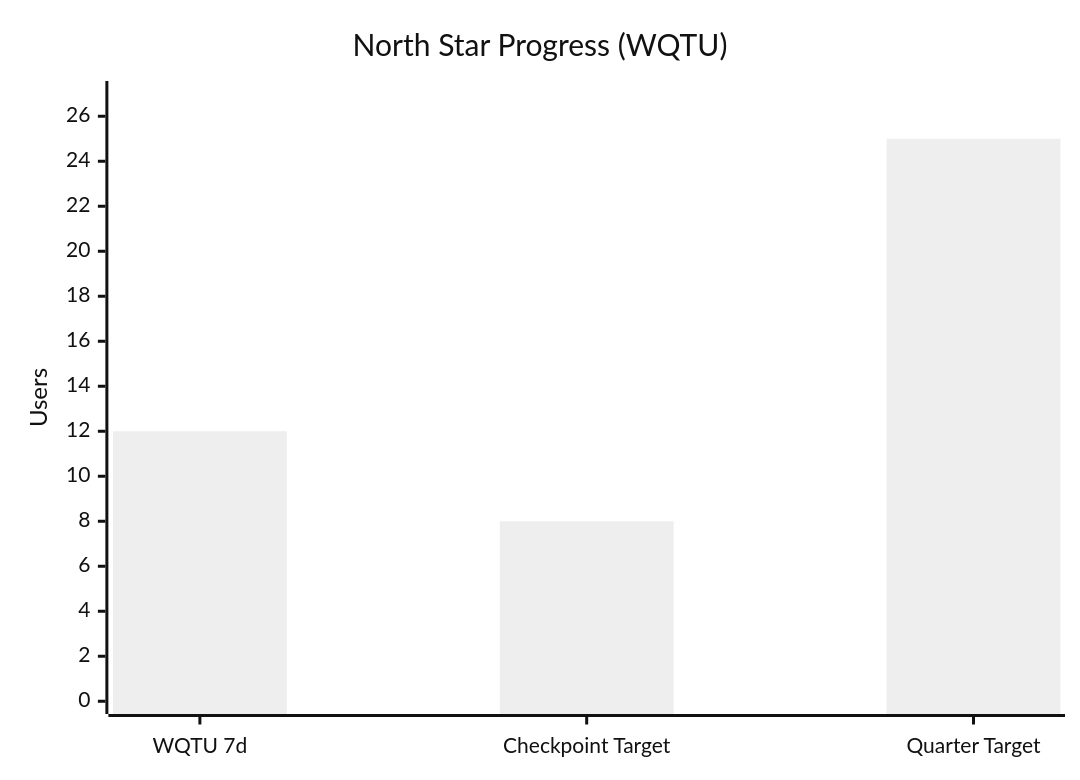
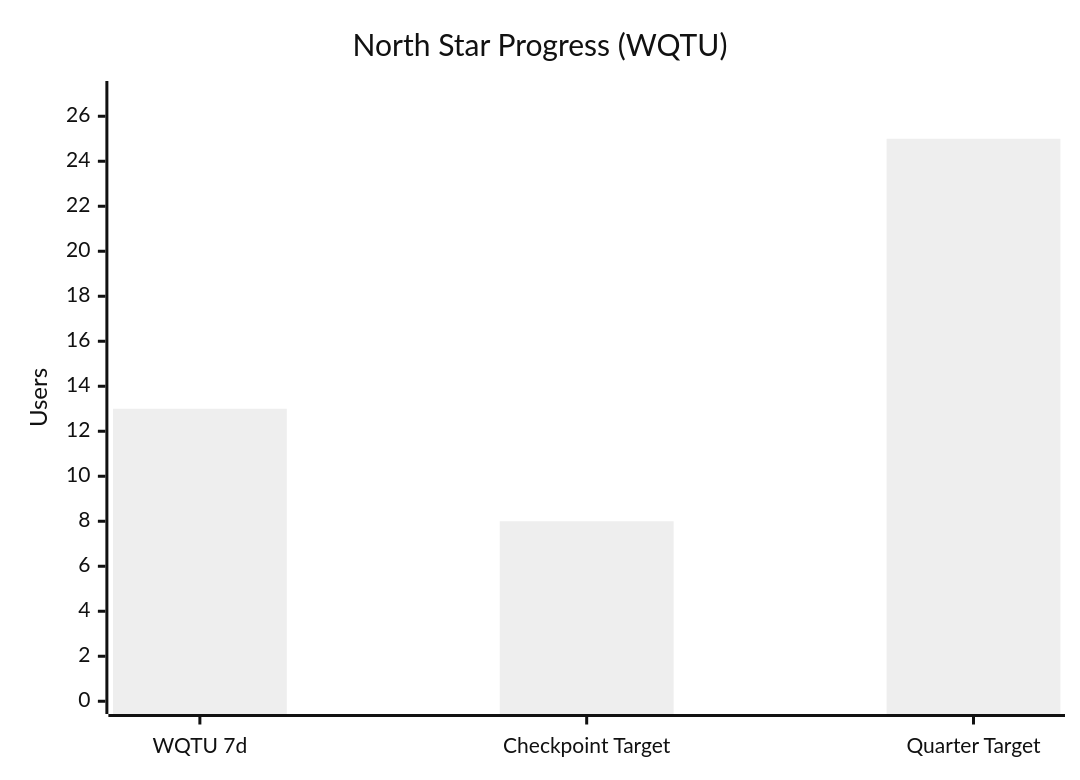
Before and after one commit to IgorGanapolsky/Random-Timer: the second of 4 diagrams in wiki/Paid-Acquisition.md, drawn with Mermaid (neutral theme). The commit also changed other lines of this file and 10 other files, not shown here.

````diff
--- a/wiki/Paid-Acquisition.md
+++ b/wiki/Paid-Acquisition.md
@@ -50,7 +50,7 @@
 ```mermaid
 xychart-beta
     title "North Star Progress (WQTU)"
     x-axis ["WQTU 7d" , "Checkpoint Target" , "Quarter Target"]
     y-axis "Users" 0 --> 27
-    bar [12 , 8 , 25]
+    bar [13 , 8 , 25]
 ```
````
